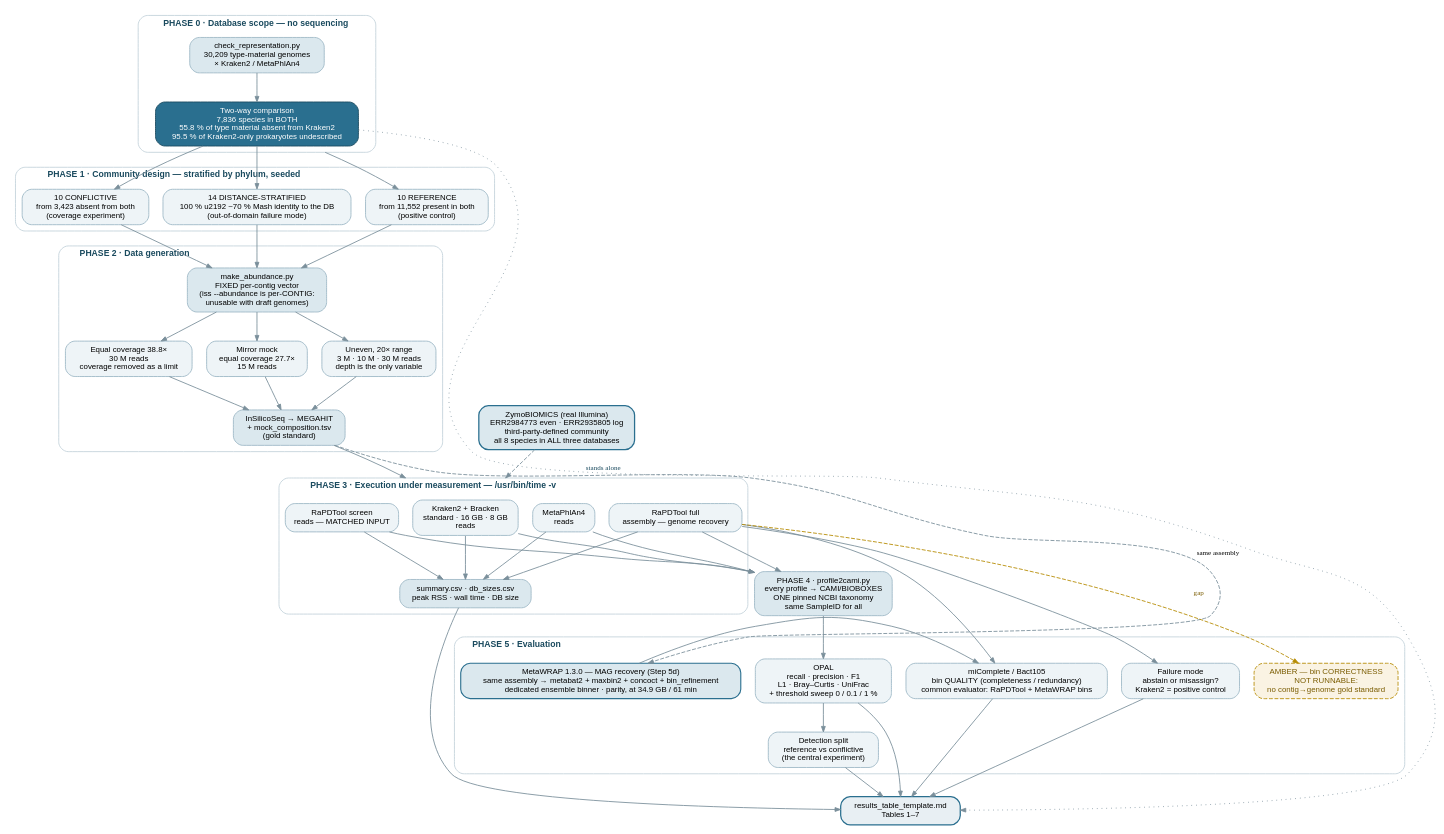
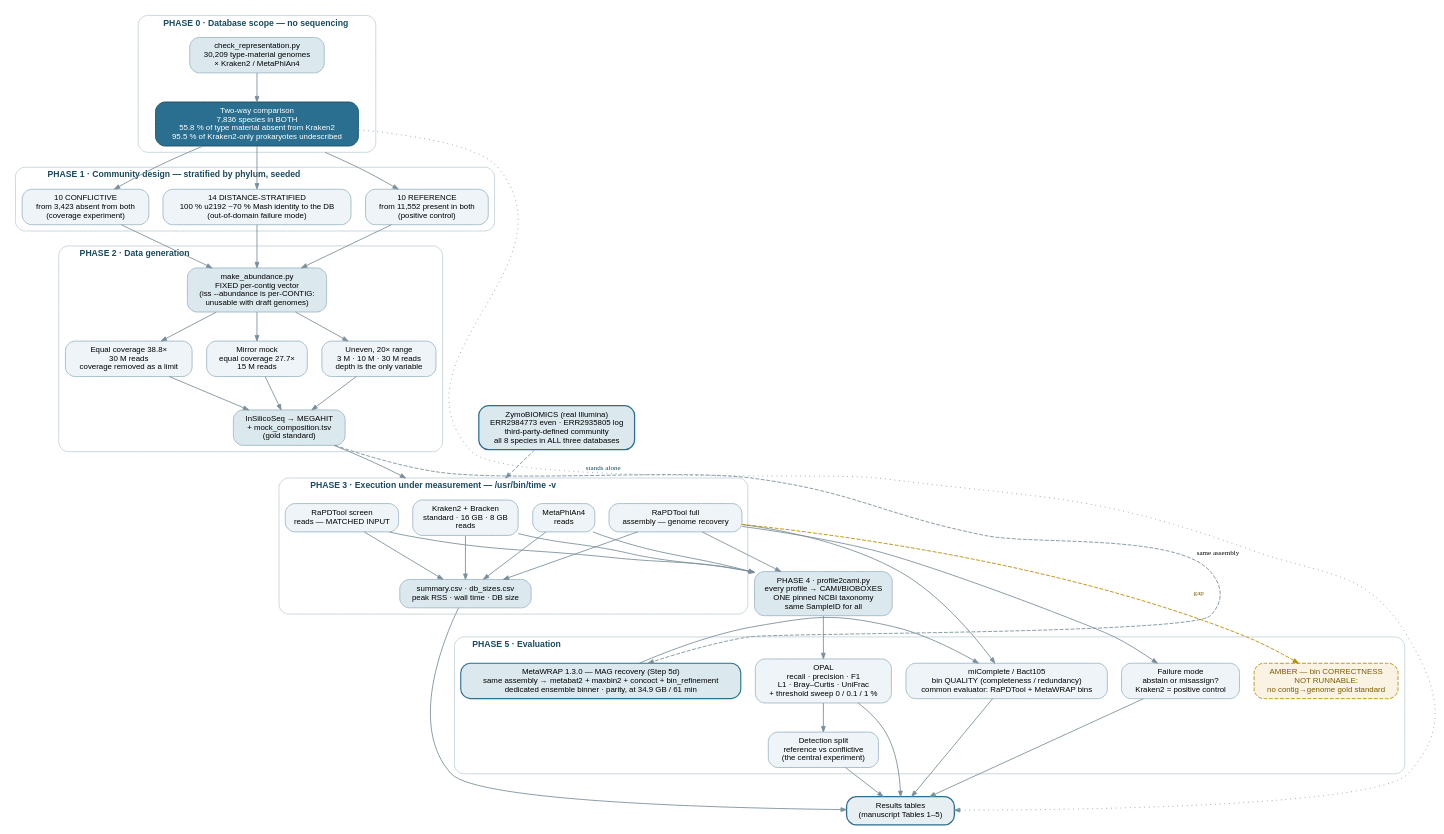
The diagram in data/benchmark_flow.dot (BioTools-Dev/rapdtool-benchmark), drawn with Graphviz before and after one commit. The commit also changed 4 other files, not shown here.

First line of the commit message:
fix: de-reference the internal results_table_template.md in the shipped kit

```diff
--- a/data/benchmark_flow.dot
+++ b/data/benchmark_flow.dot
@@ -1,110 +1,110 @@
 // benchmark_flow.dot — RaPDTool benchmark design.
 // Render:  dot -Tsvg benchmark_flow.dot -o figures/benchmark_flow.svg
 //          dot -Tpng -Gdpi=300 benchmark_flow.dot -o figures/benchmark_flow.png
 // Embedded as figures/benchmark_flow.svg in benchmark_rationale.md §1 (no mermaid copy).
 
 digraph benchmark {
   rankdir=TB;
   bgcolor="white";
   compound=true;
   node [shape=box, style="rounded,filled", fontname="Helvetica", fontsize=10,
         fillcolor="#eef4f7", color="#9db8c6", penwidth=1.1, margin="0.14,0.09"];
   edge [color="#7a8f9b", penwidth=1.1, arrowsize=0.7];
   graph [fontname="Helvetica-Bold", fontsize=11, labeljust="l",
          style="rounded", color="#c8d6de", penwidth=1.2];
 
   // ---------------------------------------------------------------- PHASE 0
   subgraph cluster_p0 {
     label="  PHASE 0 · Database scope — no sequencing  ";
     fontcolor="#1a4a5e";
     census [label="check_representation.py\n30,209 type-material genomes\n× Kraken2 / MetaPhlAn4",
             fillcolor="#dbe8ee"];
     twoway [label="Two-way comparison\n7,836 species in BOTH\n55.8 % of type material absent from Kraken2\n95.5 % of Kraken2-only prokaryotes undescribed",
             fillcolor="#2a6f8f", fontcolor="white", color="#1a4a5e"];
     census -> twoway;
   }
 
   // ---------------------------------------------------------------- PHASE 1
   subgraph cluster_p1 {
     label="  PHASE 1 · Community design — stratified by phylum, seeded  ";
     fontcolor="#1a4a5e";
     ref   [label="10 REFERENCE\nfrom 11,552 present in both\n(positive control)"];
     conf  [label="10 CONFLICTIVE\nfrom 3,423 absent from both\n(coverage experiment)"];
     mirr  [label="14 DISTANCE-STRATIFIED\n100 % \u2192 ~70 % Mash identity to the DB\n(out-of-domain failure mode)"];
   }
 
   // ---------------------------------------------------------------- PHASE 2
   subgraph cluster_p2 {
     label="  PHASE 2 · Data generation  ";
     fontcolor="#1a4a5e";
     vec   [label="make_abundance.py\nFIXED per-contig vector\n(iss --abundance is per-CONTIG:\nunusable with draft genomes)",
            fillcolor="#dbe8ee"];
     unev  [label="Uneven, 20× range\n3 M · 10 M · 30 M reads\ndepth is the only variable"];
     eqcov [label="Equal coverage 38.8×\n30 M reads\ncoverage removed as a limit"];
     mmock [label="Mirror mock\nequal coverage 27.7×\n15 M reads"];
     asm   [label="InSilicoSeq → MEGAHIT\n+ mock_composition.tsv\n(gold standard)", fillcolor="#dbe8ee"];
     vec -> unev; vec -> eqcov; vec -> mmock;
     unev -> asm; eqcov -> asm; mmock -> asm;
   }
 
   // ------------------------------------------------------------ REAL DATA
   zymo [label="ZymoBIOMICS (real Illumina)\nERR2984773 even · ERR2935805 log\nthird-party-defined community\nall 8 species in ALL three databases",
         fillcolor="#dbe8ee", color="#2a6f8f", penwidth=1.6];
 
   // ---------------------------------------------------------------- PHASE 3
   subgraph cluster_p3 {
     label="  PHASE 3 · Execution under measurement — /usr/bin/time -v  ";
     fontcolor="#1a4a5e";
     krak  [label="Kraken2 + Bracken\nstandard · 16 GB · 8 GB\nreads"];
     mpa   [label="MetaPhlAn4\nreads"];
     rscr  [label="RaPDTool screen\nreads — MATCHED INPUT"];
     rful  [label="RaPDTool full\nassembly — genome recovery"];
     res   [label="summary.csv · db_sizes.csv\npeak RSS · wall time · DB size", fillcolor="#dbe8ee"];
     krak -> res; mpa -> res; rscr -> res; rful -> res;
   }
 
   // ---------------------------------------------------------------- PHASE 4
   harm [label="PHASE 4 · profile2cami.py\nevery profile → CAMI/BIOBOXES\nONE pinned NCBI taxonomy\nsame SampleID for all",
         fillcolor="#dbe8ee"];
 
   // ---------------------------------------------------------------- PHASE 5
   subgraph cluster_p5 {
     label="  PHASE 5 · Evaluation  ";
     fontcolor="#1a4a5e";
     opal  [label="OPAL\nrecall · precision · F1\nL1 · Bray–Curtis · UniFrac\n+ threshold sweep 0 / 0.1 / 1 %"];
     split [label="Detection split\nreference vs conflictive\n(the central experiment)"];
     mico  [label="miComplete / Bact105\nbin QUALITY (completeness / redundancy)\ncommon evaluator: RaPDTool + MetaWRAP bins"];
     fail  [label="Failure mode\nabstain or misassign?\nKraken2 = positive control"];
     amber [label="AMBER — bin CORRECTNESS\nNOT RUNNABLE:\nno contig→genome gold standard",
            style="rounded,filled,dashed", fillcolor="#faf3e3", color="#b58b00",
            fontcolor="#7a5c00"];
     mwrap [label="MetaWRAP 1.3.0 — MAG recovery (Step 5d)\nsame assembly → metabat2 + maxbin2 + concoct + bin_refinement\ndedicated ensemble binner · parity, at 34.9 GB / 61 min",
            fillcolor="#dbe8ee", color="#2a6f8f", penwidth=1.4];
   }
 
-  tables [label="results_table_template.md\nTables 1–7", fillcolor="#e8eff3",
+  tables [label="Results tables\n(manuscript Tables 1–5)", fillcolor="#e8eff3",
           color="#2a6f8f", penwidth=1.6];
 
   // ------------------------------------------------------------- EDGES
   twoway -> ref  [ltail=cluster_p0];
   twoway -> conf;
   twoway -> mirr;
   ref  -> vec;
   conf -> vec;
   mirr -> vec;
   asm  -> krak [lhead=cluster_p3];
   zymo -> krak [lhead=cluster_p3, style=dashed];
   res  -> tables;
   krak -> harm; mpa -> harm; rscr -> harm; rful -> harm;
   harm -> opal;
   opal -> split;
   rful -> mico  [constraint=false];
   rful -> fail  [constraint=false];
   asm   -> mwrap [style=dashed, label="  same assembly", fontsize=9, constraint=false];
   mwrap -> mico  [constraint=false];
   rful -> amber [style=dashed, color="#b58b00",
                  label="  gap", fontcolor="#7a5c00", fontsize=9];
   opal -> tables; split -> tables; mico -> tables; fail -> tables;
   twoway -> tables [style=dotted, constraint=false,
                     label="  stands alone", fontsize=9, fontcolor="#1a4a5e"];
 }
```
